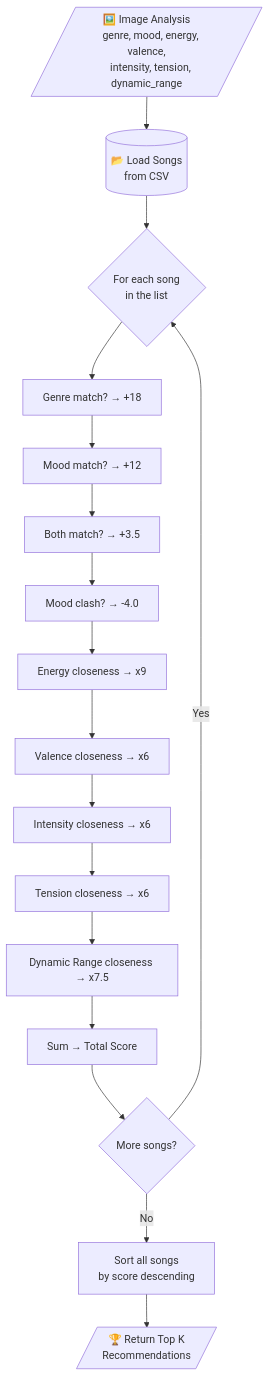
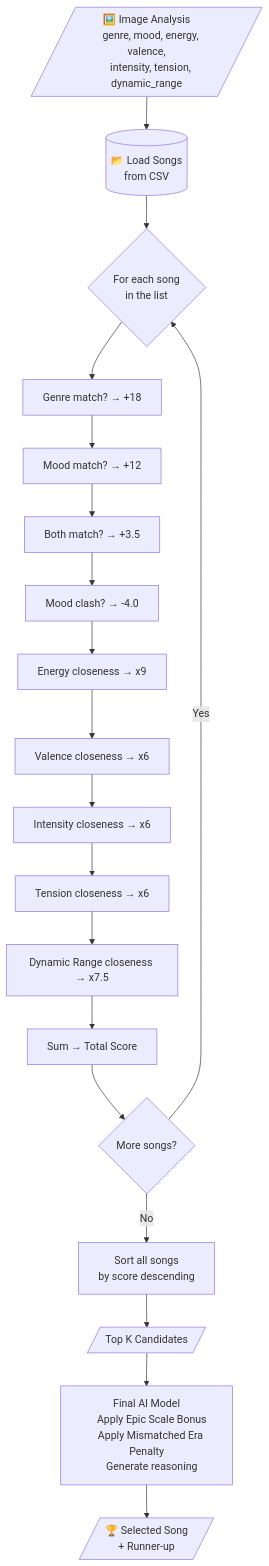
Before and after one commit to CrazyMageRainy/ai-background-soundtrack-suggester-project: the second of 2 diagrams in README.md, drawn with Mermaid. The commit also changed other lines of this file, not shown here.

````diff
--- a/README.md
+++ b/README.md
@@ -73,38 +78,45 @@
 ```mermaid
 flowchart TD
     A[/"🖼️ Image Analysis
     genre, mood, energy, valence,
     intensity, tension, dynamic_range"/]
 
     B[("📂 Load Songs
     from CSV")]
 
     C{"For each song
     in the list"}
 
     D["Genre match? → +18"]
     E["Mood match? → +12"]
     F["Both match? → +3.5"]
     G["Mood clash? → -4.0"]
     H["Energy closeness → x9"]
     I["Valence closeness → x6"]
     J["Intensity closeness → x6"]
     K["Tension closeness → x6"]
     L["Dynamic Range closeness → x7.5"]
 
     M["Sum → Total Score"]
 
     N{More songs?}
 
     O["Sort all songs
     by score descending"]
 
-    P[/"🏆 Return Top K
-    Recommendations"/]
+    P[/"Top K Candidates"/]
+
+    Q["Final AI Model
+    Apply Epic Scale Bonus
+    Apply Mismatched Era Penalty
+    Generate reasoning"]
+
+    R[/"🏆 Selected Song
+    + Runner-up"/]
 
     A --> B --> C
     C --> D --> E --> F --> G --> H --> I --> J --> K --> L --> M
     M --> N
     N -- Yes --> C
-    N -- No --> O --> P
+    N -- No --> O --> P --> Q --> R
 ```
````
